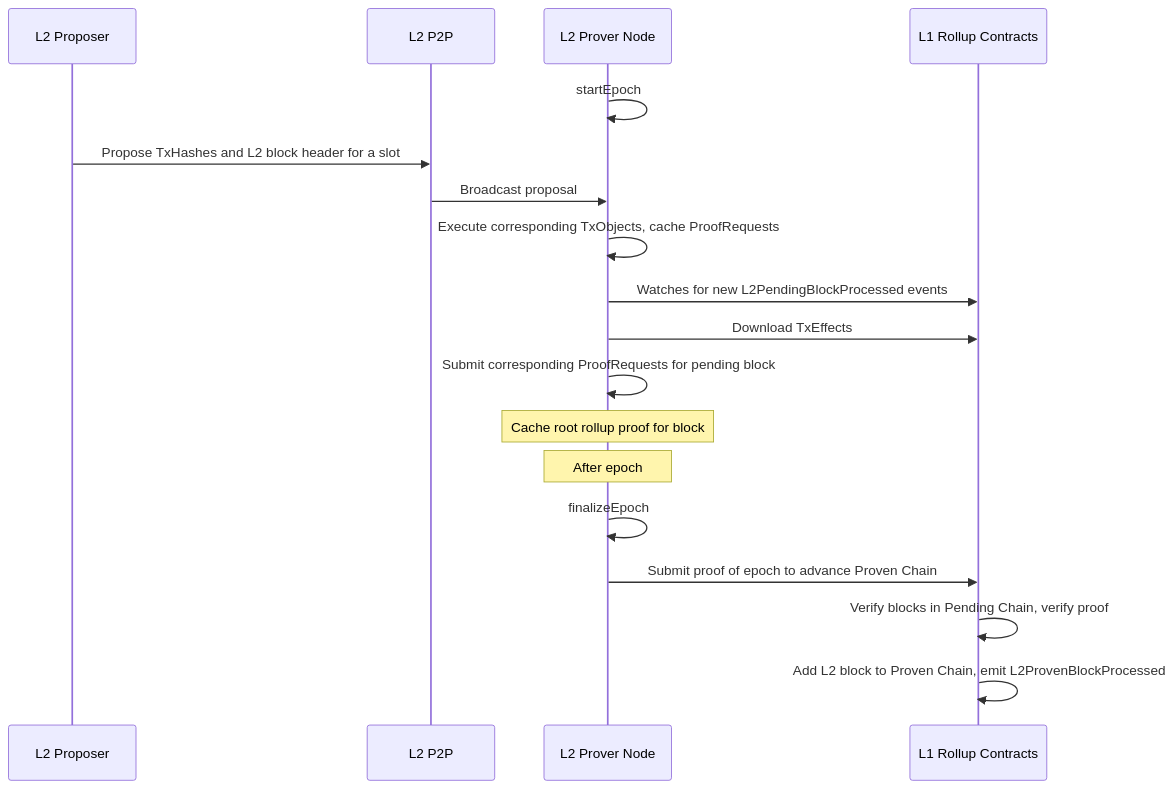
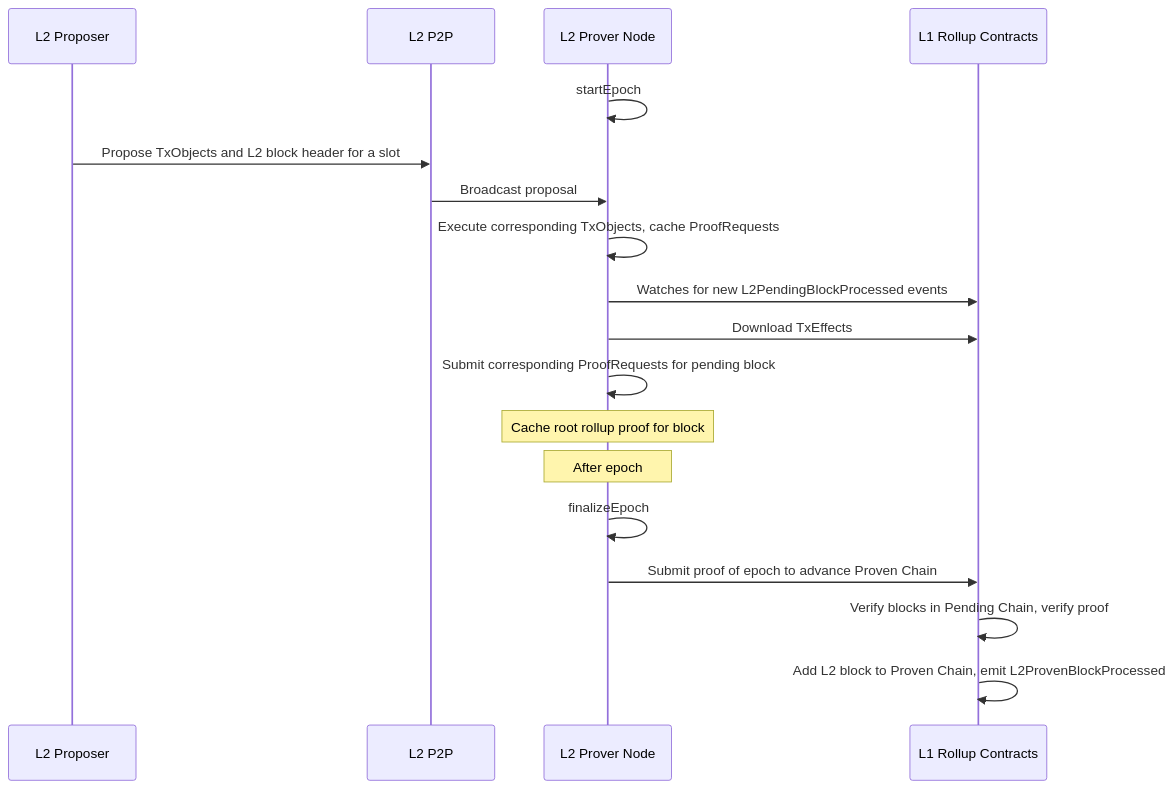
One commit to AztecProtocol/engineering-designs changed the second of 2 diagrams in in-progress/7482-sequencer-prover-test-net.md. Above: the diagram before and after it, drawn with Mermaid. The commit also changed other lines of this file, not shown here.

````diff
--- a/in-progress/7482-sequencer-prover-test-net.md
+++ b/in-progress/7482-sequencer-prover-test-net.md
@@ -180,21 +178,21 @@
 ```mermaid
 sequenceDiagram
     participant P as L2 Proposer
     participant MP as L2 P2P
     participant PN as L2 Prover Node
     participant L1R as L1 Rollup Contracts
 
     PN->>PN: startEpoch
-    P->>MP: Propose TxHashes and L2 block header for a slot 
+    P->>MP: Propose TxObjects and L2 block header for a slot 
     MP->>PN: Broadcast proposal
     PN->>PN: Execute corresponding TxObjects, cache ProofRequests
     PN->>L1R: Watches for new L2PendingBlockProcessed events
     PN->>L1R: Download TxEffects
     PN->>PN: Submit corresponding ProofRequests for pending block
     Note over PN: Cache root rollup proof for block
     Note over PN: After epoch
     PN->>PN: finalizeEpoch
     PN->>L1R: Submit proof of epoch to advance Proven Chain
     L1R->>L1R: Verify blocks in Pending Chain, verify proof
     L1R->>L1R: Add L2 block to Proven Chain, emit L2ProvenBlockProcessed
 ```
````
